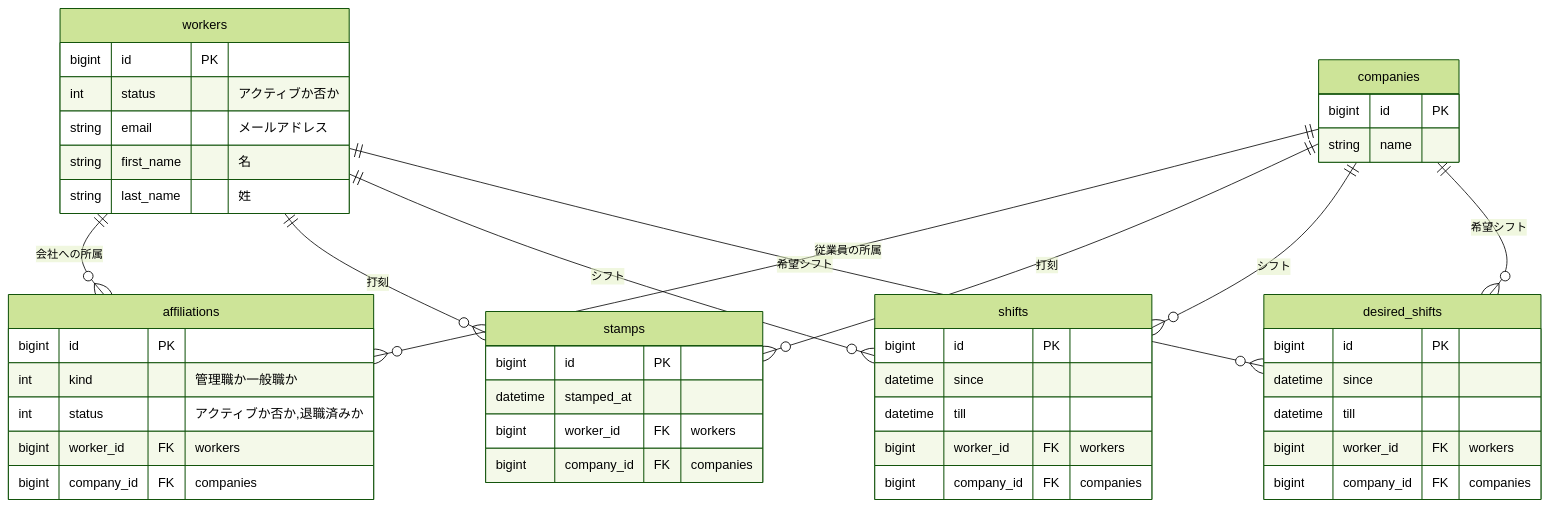
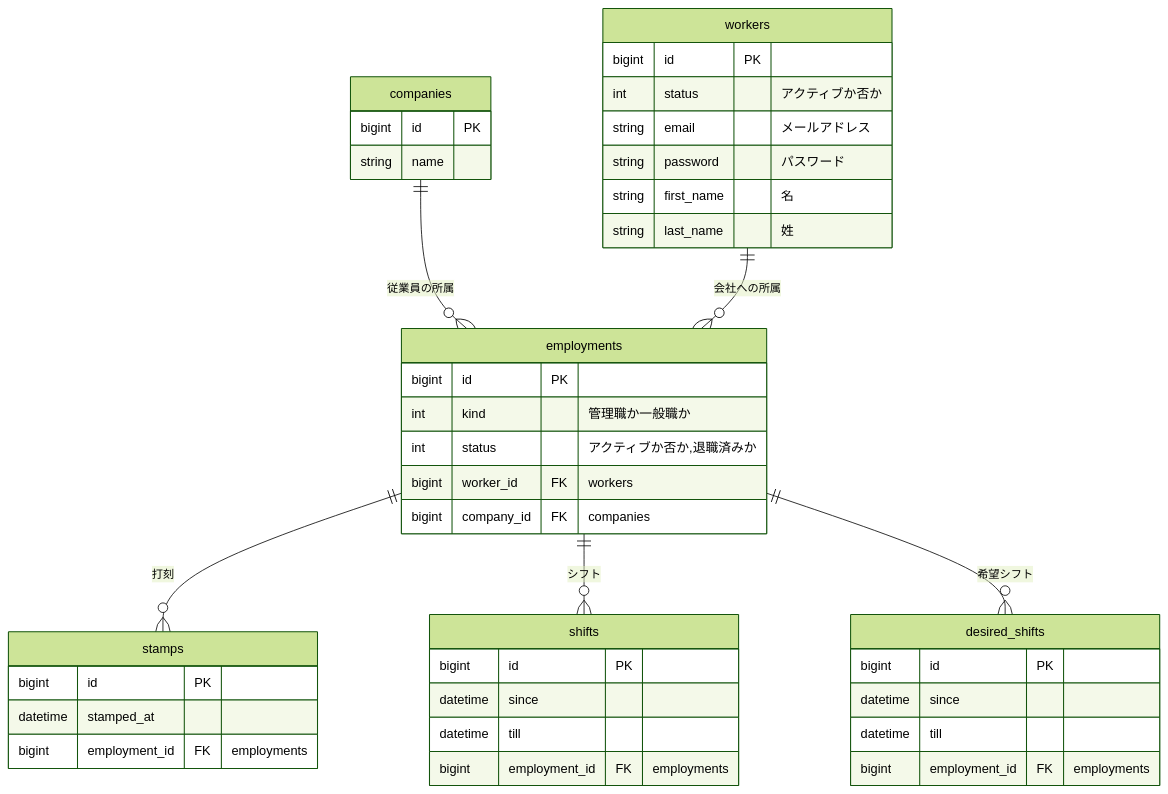
Before and after one commit to piny940/kintai: the diagram in db/er.md, drawn with Mermaid (forest theme).

Commit message:
ER図を修正

````diff
--- a/db/er.md
+++ b/db/er.md
@@ -1,52 +1,46 @@
 ```mermaid
 erDiagram
-  companies ||--o{ affiliations : "従業員の所属"
-  workers ||--o{ affiliations : "会社への所属"
-  workers ||--o{ stamps : "打刻"
-  workers ||--o{ shifts : "シフト"
-  workers ||--o{ desired_shifts : "希望シフト"
-  companies ||--o{ stamps : "打刻"
-  companies ||--o{ shifts : "シフト"
-  companies ||--o{ desired_shifts : "希望シフト"
+  companies ||--o{ employments : "従業員の所属"
+  workers ||--o{ employments : "会社への所属"
+  employments ||--o{ stamps : "打刻"
+  employments ||--o{ shifts : "シフト"
+  employments ||--o{ desired_shifts : "希望シフト"
 
   companies {
     bigint id PK
     string name
   }
-  affiliations {
+  employments {
     bigint id PK
     int kind "管理職か一般職か"
     int status "アクティブか否か,退職済みか"
     bigint worker_id FK "workers"
     bigint company_id FK "companies"
   }
   workers {
     bigint id PK
     int status "アクティブか否か"
     string email "メールアドレス"
+    string password "パスワード"
     string first_name "名"
     string last_name "姓"
   }
 
   stamps {
     bigint id PK
     datetime stamped_at
-    bigint worker_id FK "workers"
-    bigint company_id FK "companies"
+    bigint employment_id FK "employments"
   }
-
   shifts {
     bigint id PK
     datetime since
     datetime till
-    bigint worker_id FK "workers"
-    bigint company_id FK "companies"
+    bigint employment_id FK "employments"
   }
   desired_shifts {
     bigint id PK
     datetime since
     datetime till
-    bigint worker_id FK "workers"
-    bigint company_id FK "companies"
+    bigint employment_id FK "employments"
   }
 ```
````
